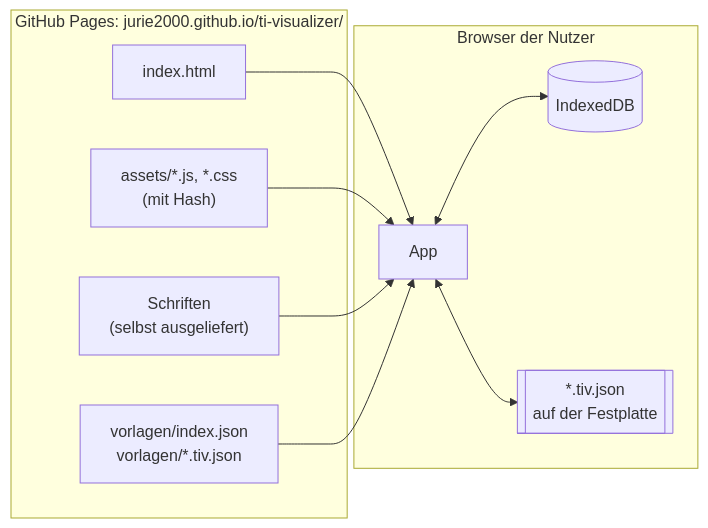
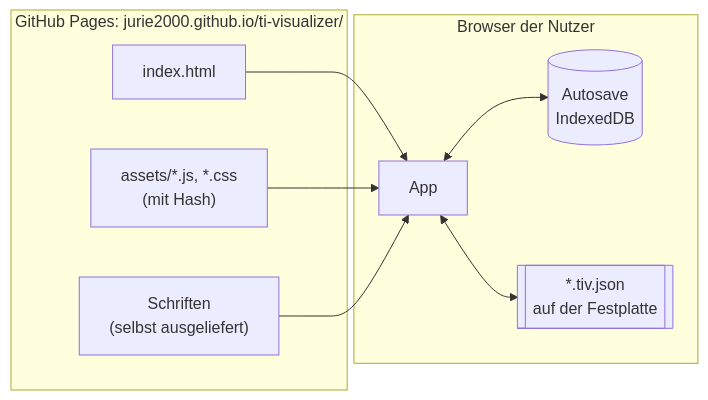
One commit to jurie2000/ti-visualizer changed the tenth of 10 diagrams in specs/001-ti-visualizer-baukasten/architektur.md. Above: the diagram before and after it, drawn with Mermaid. The commit also changed other lines of this file and 8 other files, not shown here.

````diff
--- a/specs/001-ti-visualizer-baukasten/architektur.md
+++ b/specs/001-ti-visualizer-baukasten/architektur.md
@@ -321,22 +575,20 @@
 ```mermaid
 flowchart LR
     subgraph gh["GitHub Pages: jurie2000.github.io/ti-visualizer/"]
         idx["index.html"]
         assets["assets/*.js, *.css<br/>(mit Hash)"]
         fonts["Schriften<br/>(selbst ausgeliefert)"]
-        vorl["vorlagen/index.json<br/>vorlagen/*.tiv.json"]
     end
 
     subgraph client["Browser der Nutzer"]
         spa["App"]
-        db[("IndexedDB")]
+        db[("Autosave<br/>IndexedDB")]
         files[["*.tiv.json<br/>auf der Festplatte"]]
     end
 
     idx --> spa
     assets --> spa
     fonts --> spa
-    vorl --> spa
     spa <--> db
     spa <--> files
 ```
````
